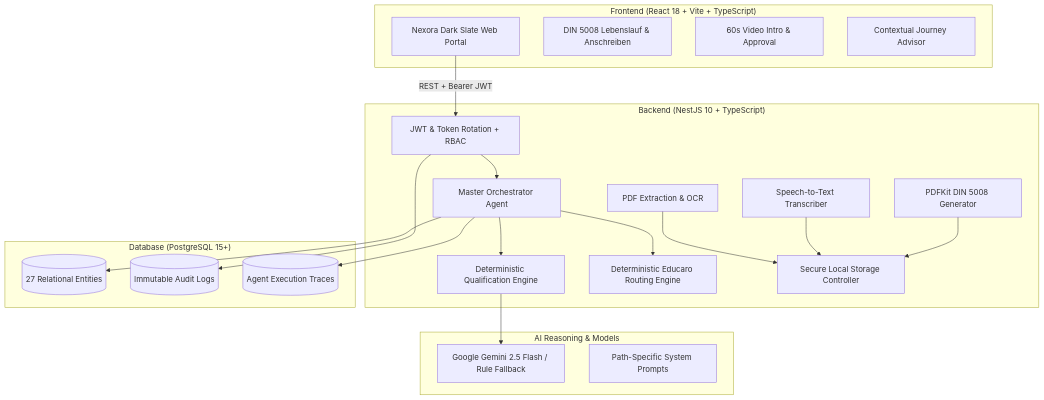
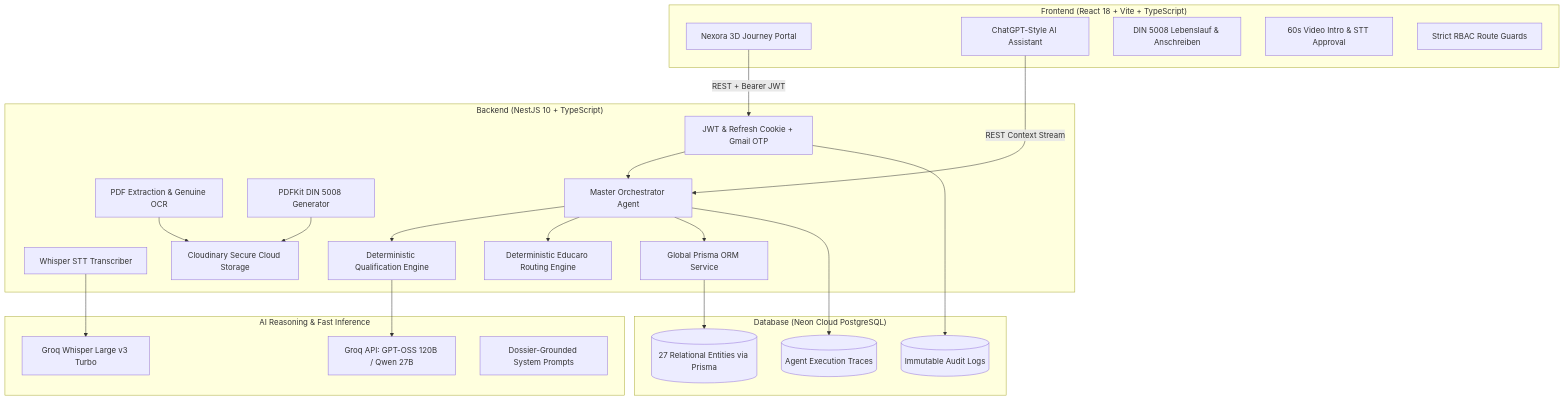
The diagram in README.md (ImpactX26/outforrevenge), drawn with Mermaid before and after one commit. The commit also changed other lines of this file and 6 other files, not shown here.

Commit message:
feat: complete ChatGPT-style assistant, 3D landing page with 14 sections, RBAC protection, and update documentation

````diff
--- a/README.md
+++ b/README.md
@@ -23,43 +28,48 @@
 ```mermaid
 graph TD
     subgraph Client ["Frontend (React 18 + Vite + TypeScript)"]
-        UI[Nexora Dark Slate Web Portal]
+        UI[Nexora 3D Journey Portal]
+        Chat[ChatGPT-Style AI Assistant]
         CV[DIN 5008 Lebenslauf & Anschreiben]
-        VideoUI[60s Video Intro & Approval]
-        Advisor[Contextual Journey Advisor]
+        VideoUI[60s Video Intro & STT Approval]
+        Guard[Strict RBAC Route Guards]
     end
 
     subgraph API ["Backend (NestJS 10 + TypeScript)"]
-        Auth[JWT & Token Rotation + RBAC]
-        DocEngine[PDF Extraction & OCR]
-        STT[Speech-to-Text Transcriber]
+        Auth[JWT & Refresh Cookie + Gmail OTP]
+        DocEngine[PDF Extraction & Genuine OCR]
+        STT[Whisper STT Transcriber]
         PDFGen[PDFKit DIN 5008 Generator]
         Orchestrator[Master Orchestrator Agent]
         QualEngine[Deterministic Qualification Engine]
         RouteEngine[Deterministic Educaro Routing Engine]
-        StorageCtrl[Secure Local Storage Controller]
+        PrismaService[Global Prisma ORM Service]
+        CloudinaryStorage[Cloudinary Secure Cloud Storage]
     end
 
-    subgraph Intelligence ["AI Reasoning & Models"]
-        Gemini[Google Gemini 2.5 Flash / Rule Fallback]
-        Prompts[Path-Specific System Prompts]
+    subgraph Intelligence ["AI Reasoning & Fast Inference"]
+        Groq[Groq API: GPT-OSS 120B / Qwen 27B]
+        Whisper[Groq Whisper Large v3 Turbo]
+        Prompts[Dossier-Grounded System Prompts]
     end
 
-    subgraph State ["Database (PostgreSQL 15+)"]
-        SharedState[(27 Relational Entities)]
+    subgraph State ["Database (Neon Cloud PostgreSQL)"]
+        SharedState[(27 Relational Entities via Prisma)]
         AuditLogs[(Immutable Audit Logs)]
         ExecLogs[(Agent Execution Traces)]
     end
 
     UI -->|REST + Bearer JWT| Auth
+    Chat -->|REST Context Stream| Orchestrator
     Auth --> Orchestrator
     Orchestrator --> QualEngine
     Orchestrator --> RouteEngine
-    Orchestrator --> SharedState
-    QualEngine --> Gemini
-    DocEngine --> StorageCtrl
-    STT --> StorageCtrl
-    PDFGen --> StorageCtrl
+    Orchestrator --> PrismaService
+    QualEngine --> Groq
+    DocEngine --> CloudinaryStorage
+    STT --> Whisper
+    PDFGen --> CloudinaryStorage
     Orchestrator --> ExecLogs
     Auth --> AuditLogs
+    PrismaService --> SharedState
 ```
````
